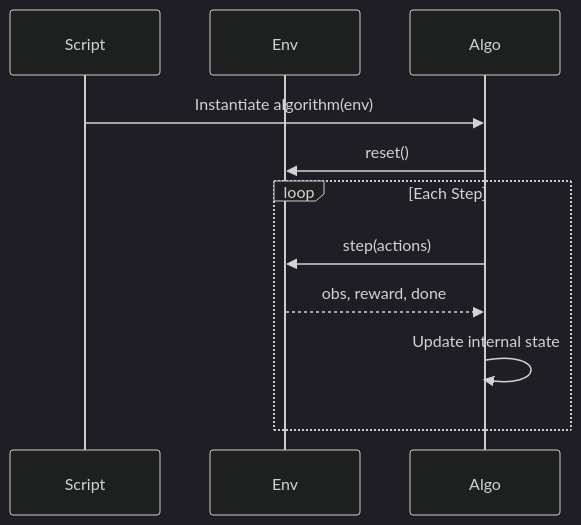
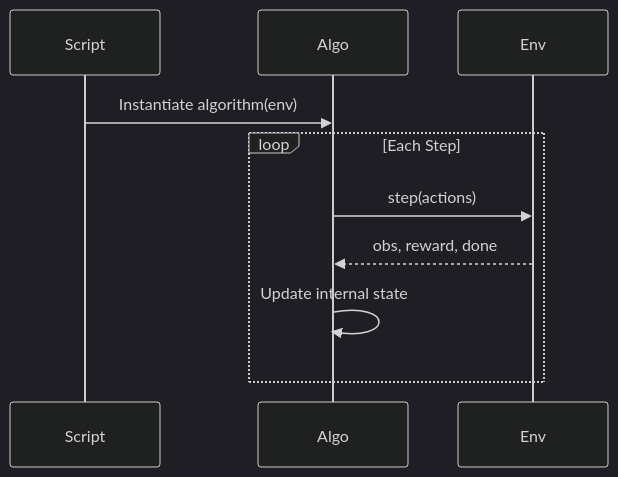
Before and after one commit to Areesha06/Predator-Prey-Archetype-Gridworld-Environment: the second of 2 diagrams in src/baselines/README.md, drawn with Mermaid (dark theme). The commit also changed other lines of this file and 6 other files, not shown here.

````diff
--- a/src/baselines/README.md
+++ b/src/baselines/README.md
@@ -55,15 +73,15 @@
 ```mermaid
 sequenceDiagram
 
     participant Script
+    participant Algo
     participant Env
-    participant Algo
 
     Script->>Algo: Instantiate algorithm(env)
-    Algo->>Env: reset()
+
     loop Each Step
         Algo->>Env: step(actions)
         Env-->>Algo: obs, reward, done
         Algo->>Algo: Update internal state
     end
 ```
````
